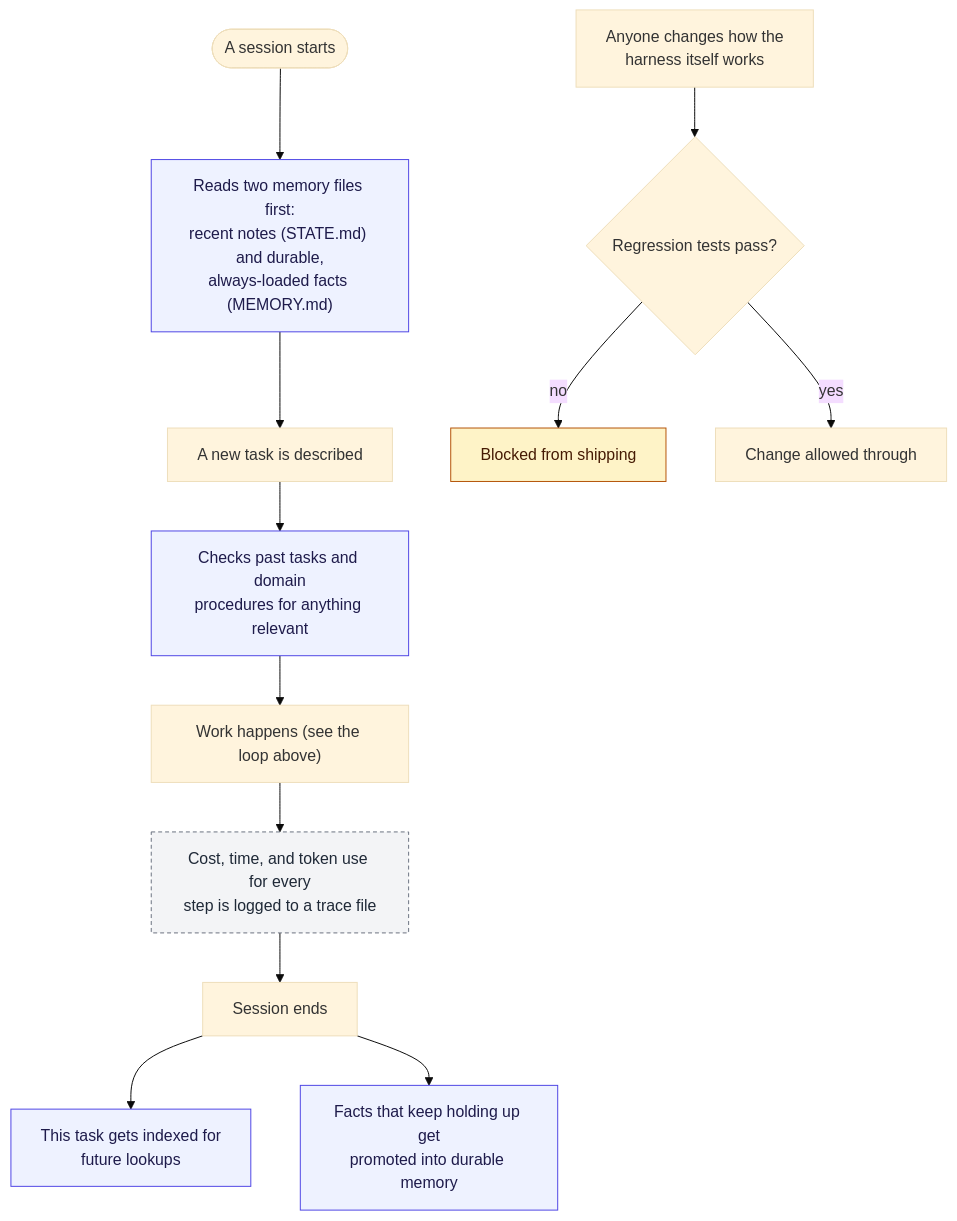
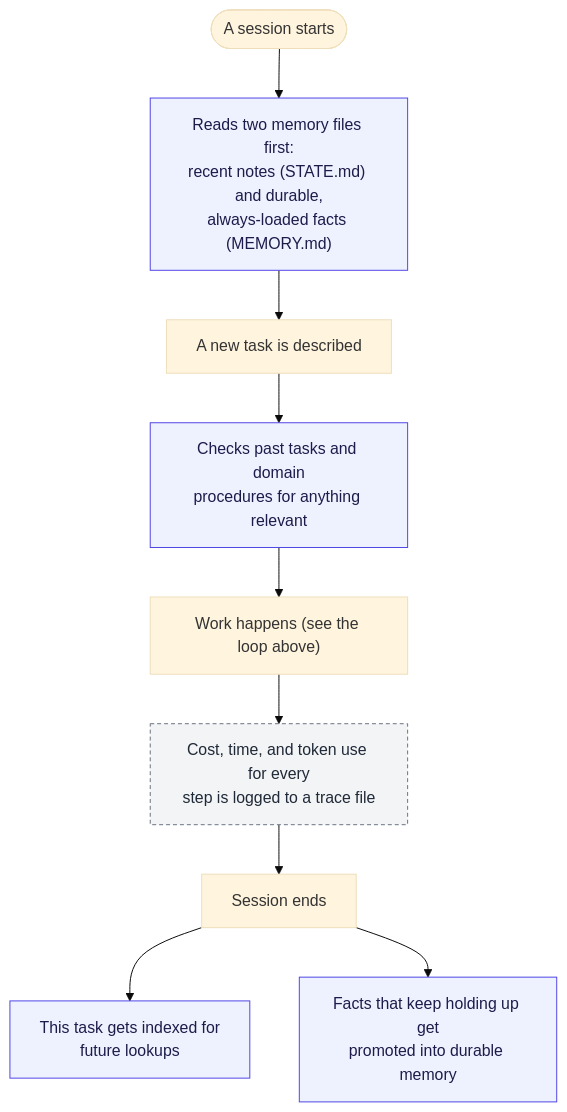
The second of 2 diagrams in README.md (amtamaddon/intake), drawn with Mermaid (base theme) before and after one commit. The commit also changed other lines of this file and 1 other file, not shown here.

Commit message:
README diagrams: simplify per feedback
- Removed the evals-gate branch from the memory/observability diagram
  (harness-change -> regression tests -> blocked/shipped) -- the prose
  bullet below still covers it, the diagram reads cleaner without a
  second, unrelated decision point competing with the memory flow.
- First diagram's decision diamond renamed from "Money or a client
  involved?" to "Human Review needed?" -- more general framing.
- Re-validated both diagrams with mermaid.parse() before pushing.

````diff
--- a/README.md
+++ b/README.md
@@ -87,19 +87,14 @@
 ```mermaid
 flowchart TB
     classDef mem fill:#eef2ff,stroke:#4f46e5,color:#1e1b4b,stroke-width:1px
-    classDef eval fill:#fef3c7,stroke:#b45309,color:#451a03,stroke-width:1px
     classDef log fill:#f3f4f6,stroke:#6b7280,color:#1f2937,stroke-width:1px,stroke-dasharray:4 3
 
     SESSTART(["A session starts"]) --> READS["Reads two memory files first:<br/>recent notes (STATE.md) and durable,<br/>always-loaded facts (MEMORY.md)"]:::mem
     READS --> NEWTASK["A new task is described"]
     NEWTASK --> LOOKUP["Checks past tasks and domain<br/>procedures for anything relevant"]:::mem
     LOOKUP --> WORKHAPPENS["Work happens (see the loop above)"]
     WORKHAPPENS --> TRACELOG["Cost, time, and token use for every<br/>step is logged to a trace file"]:::log
     TRACELOG --> SESSEND["Session ends"]
     SESSEND --> INDEXED["This task gets indexed for<br/>future lookups"]:::mem
     SESSEND --> PROMOTED["Facts that keep holding up get<br/>promoted into durable memory"]:::mem
-
-    CHANGE["Anyone changes how the<br/>harness itself works"] --> GATE2{Regression tests pass?}
-    GATE2 -->|no| BLOCK["Blocked from shipping"]:::eval
-    GATE2 -->|yes| SHIP["Change allowed through"]
 ```
````
